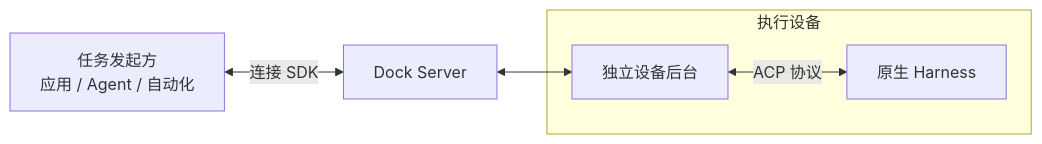
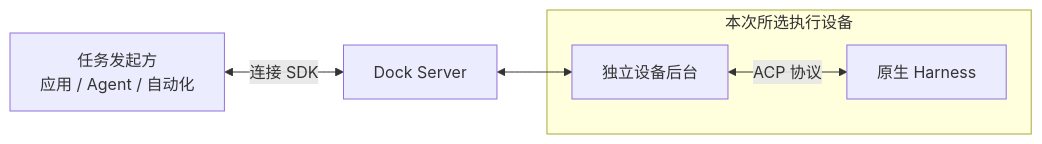
Before and after one commit to hutian-ai/harness-dock: the diagram in README.md, drawn with Mermaid. The commit also changed other lines of this file and 7 other files, not shown here.

````diff
--- a/README.md
+++ b/README.md
@@ -13,8 +25,8 @@
 ```mermaid
 flowchart LR
   A["任务发起方<br/>应用 / Agent / 自动化"] <-->|"连接 SDK"| S["Dock Server"]
-  subgraph DEVICE["执行设备"]
+  subgraph DEVICE["本次所选执行设备"]
     D["独立设备后台"] <-->|"ACP 协议"| H["原生 Harness"]
   end
   S <--> D
 ```
````
